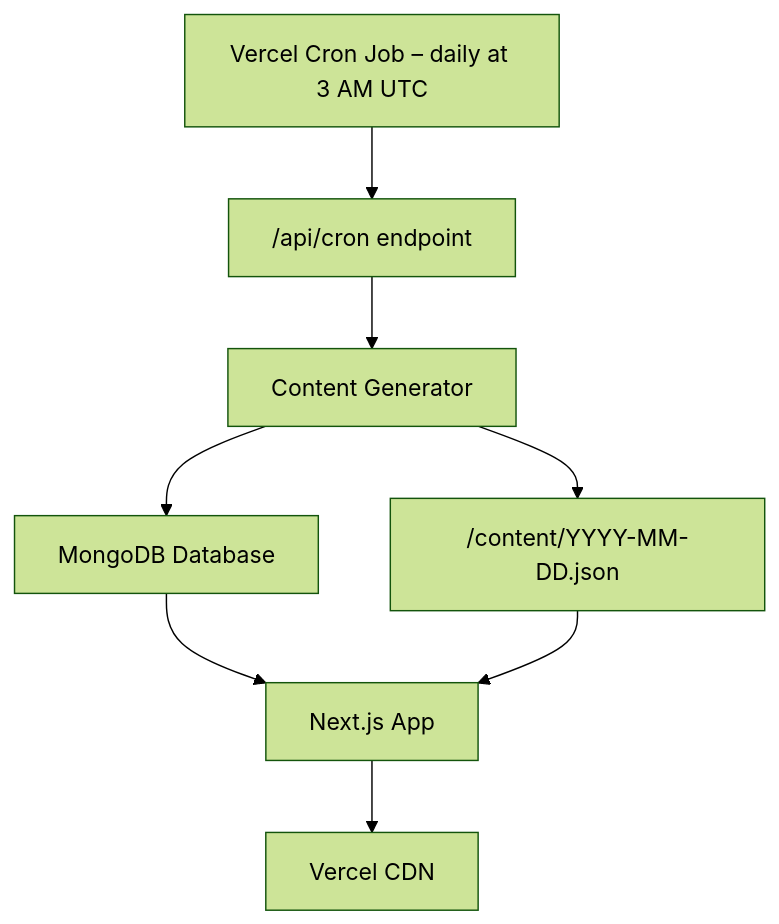
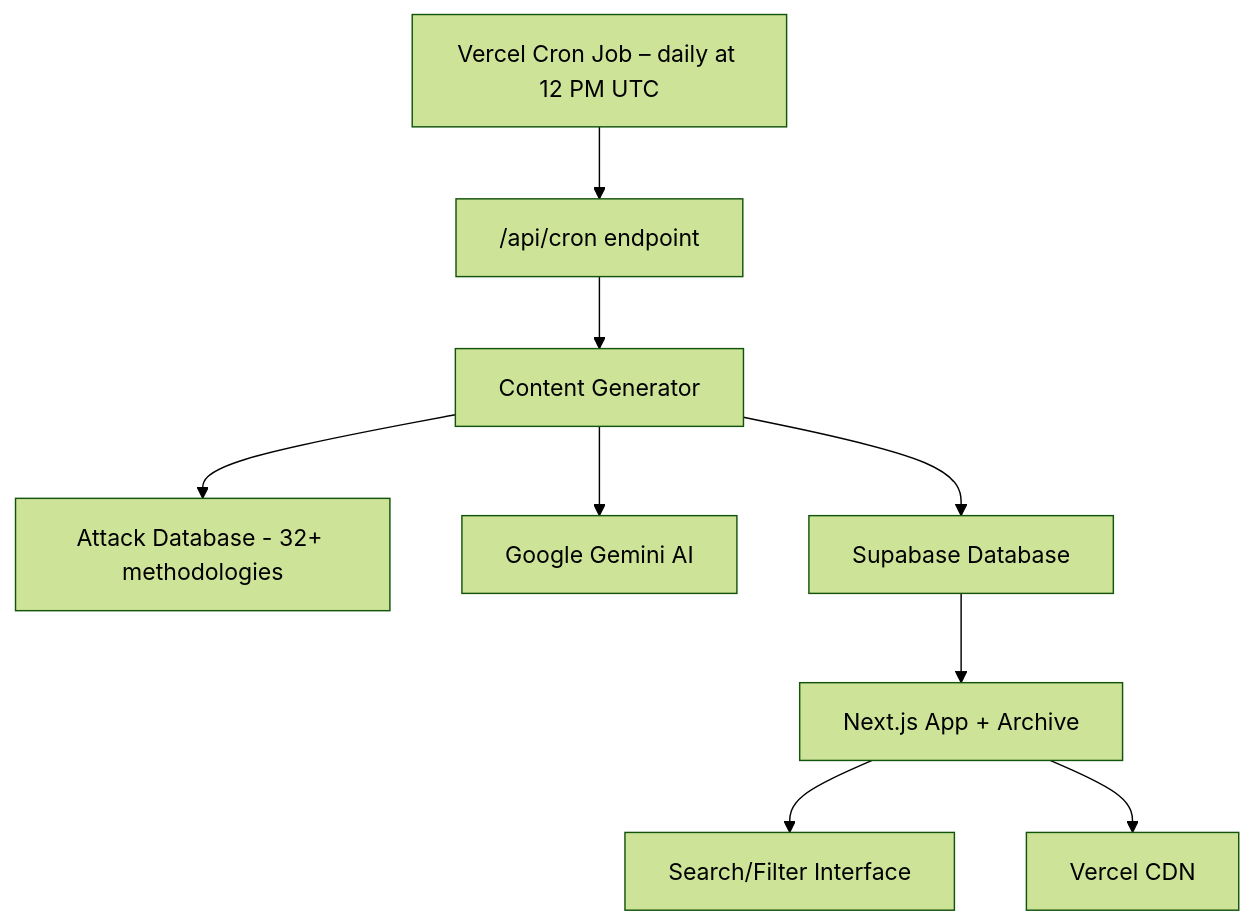
The diagram in README.md (pentoshi007/oh-my-security), drawn with Mermaid (forest theme) before and after one commit. The commit also changed other lines of this file and 7 other files, not shown here.

First line of the commit message:
feat: Supabase migration complete with enhanced archive and search functionality

````diff
--- a/README.md
+++ b/README.md
@@ -40,10 +42,11 @@
 ```mermaid
 flowchart TD;
-    A[Vercel Cron Job – daily at 3 AM UTC] --> B["/api/cron endpoint"];
+    A[Vercel Cron Job – daily at 12 PM UTC] --> B["/api/cron endpoint"];
     B --> C[Content Generator];
-    C --> D["MongoDB Database"];
-    C --> E["/content/YYYY-MM-DD.json"];
-    D --> F[Next.js App];
-    E --> F;
-    F --> G[Vercel CDN];
+    C --> D[Attack Database - 32+ methodologies];
+    C --> E[Google Gemini AI];
+    C --> F[Supabase Database];
+    F --> G[Next.js App + Archive];
+    G --> H[Search/Filter Interface];
+    G --> I[Vercel CDN];
 ```
````
